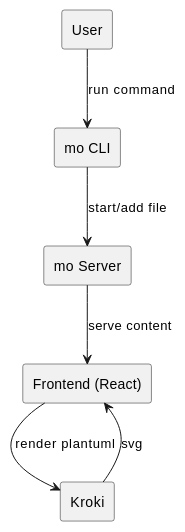
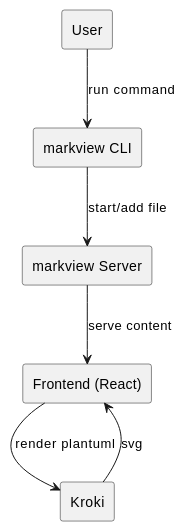
One commit to kooksee/markview changed the seventh of 8 diagrams in testdata/plantuml-complete.md. Above: the diagram before and after it, drawn with PlantUML. The commit also changed other lines of this file and 116 other files, not shown here.

````diff
--- a/testdata/plantuml-complete.md
+++ b/testdata/plantuml-complete.md
@@ -182,15 +182,15 @@
 ```plantuml
 @startuml
 rectangle "User" as U
-rectangle "mo CLI" as CLI
-rectangle "mo Server" as S
+rectangle "markview CLI" as CLI
+rectangle "markview Server" as S
 rectangle "Frontend (React)" as FE
 rectangle "Kroki" as K
 
 U --> CLI : run command
 CLI --> S : start/add file
 S --> FE : serve content
 FE --> K : render plantuml
 K --> FE : svg
 @enduml
 ```
````
